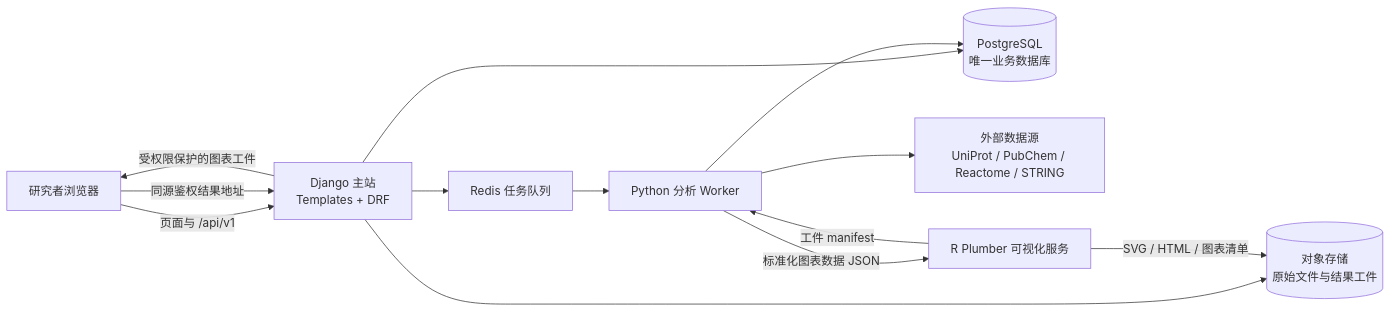
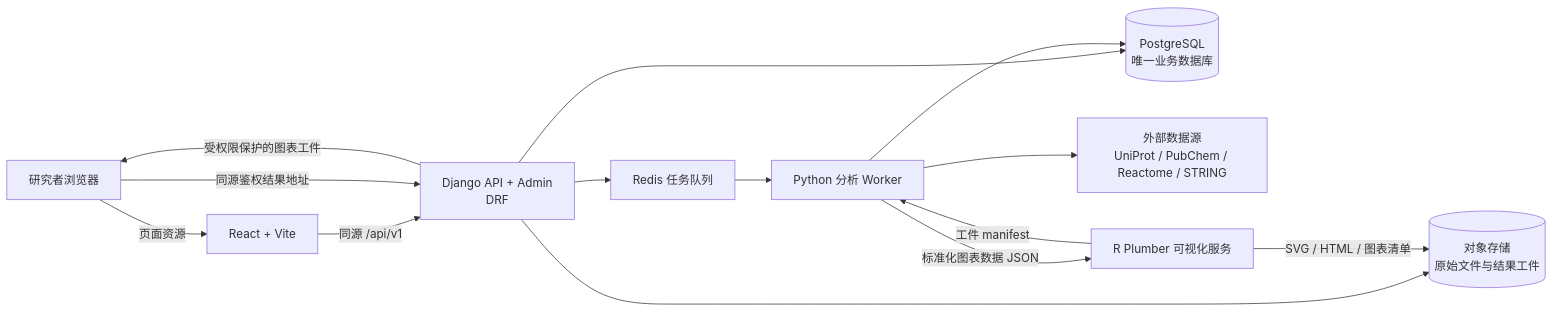
Before and after one commit to langewu9/tcm-mechanism: the diagram in docs/技术栈与阶段实施计划.md, drawn with Mermaid. The commit also changed other lines of this file and 16 other files, not shown here.

````diff
--- a/docs/技术栈与阶段实施计划.md
+++ b/docs/技术栈与阶段实施计划.md
@@ -51,15 +53,16 @@
 ```mermaid
 flowchart LR
-    U[研究者浏览器] -->|页面与 /api/v1| D[Django 主站\nTemplates + DRF]
+    U[研究者浏览器] -->|页面资源| FE[React + Vite]
+    FE -->|同源 /api/v1| D[Django API + Admin\nDRF]
     D --> PG[(PostgreSQL\n唯一业务数据库)]
     D --> Q[Redis 任务队列]
     D --> S[(对象存储\n原始文件与结果工件)]
     Q --> W[Python 分析 Worker]
     W --> EXT[外部数据源\nUniProt / PubChem / Reactome / STRING]
     W -->|标准化图表数据 JSON| R[R Plumber 可视化服务]
     R -->|SVG / HTML / 图表清单| S
     R -->|工件 manifest| W
     W --> PG
     U -->|同源鉴权结果地址| D
     D -->|受权限保护的图表工件| U
 ```
````
